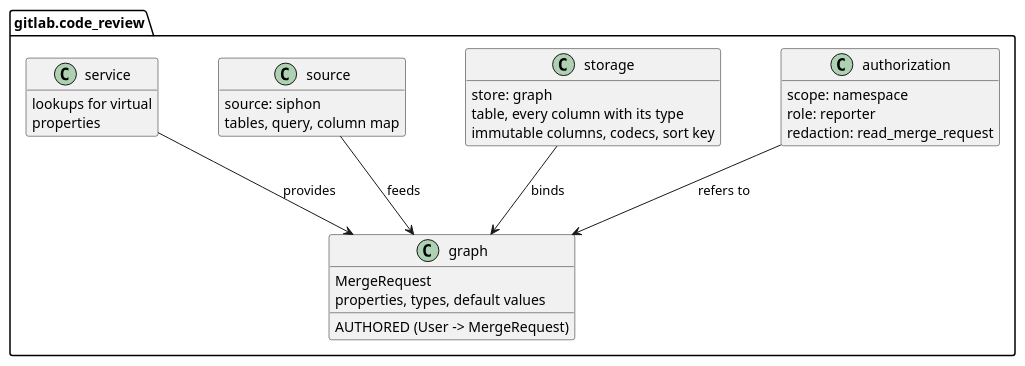
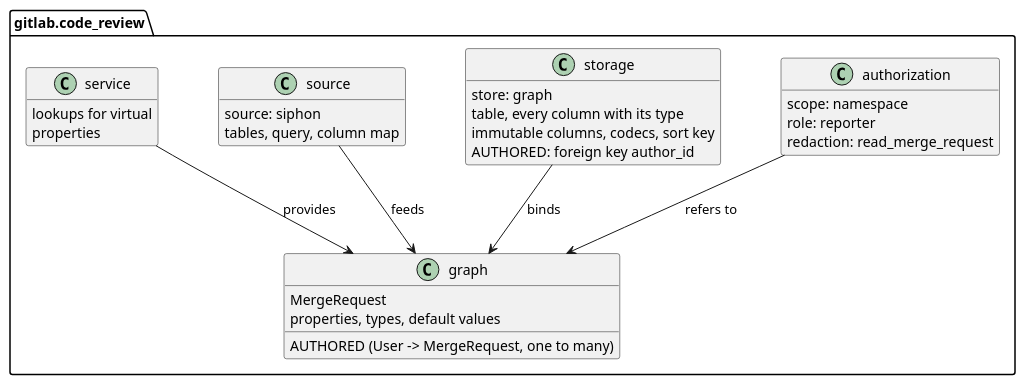
Before and after one commit to gitlabhq/orbit-knowledge-graph: the second of 8 diagrams in docs/pages/engineering/adr/024_pluggable_data_model.md, drawn with PlantUML. The commit also changed other lines of this file and 1 other file, not shown here.

Commit message:
docs(adr): bind every relationship variant in storage, keep the graph topological

````diff
--- a/docs/pages/engineering/adr/024_pluggable_data_model.md
+++ b/docs/pages/engineering/adr/024_pluggable_data_model.md
@@ -165,41 +165,42 @@
 ```plantuml
 @startuml
 set separator none
 skinparam shadowing false
 skinparam nodesep 60
 skinparam ranksep 70
 skinparam classAttributeIconSize 0
 hide empty members
 
 package "gitlab.code_review" {
   class "graph" as G {
     MergeRequest
     properties, types, default values
-    AUTHORED (User -> MergeRequest)
+    AUTHORED (User -> MergeRequest, one to many)
   }
   class "authorization" as A {
     scope: namespace
     role: reporter
     redaction: read_merge_request
   }
   class "storage" as ST {
     store: graph
     table, every column with its type
     immutable columns, codecs, sort key
+    AUTHORED: foreign key author_id
   }
   class "source" as SO {
     source: siphon
     tables, query, column map
   }
   class "service" as SV {
     lookups for virtual
     properties
   }
 }
 
 A --> G : refers to
 ST --> G : binds
 SO --> G : feeds
 SV --> G : provides
 @enduml
 ```
````
